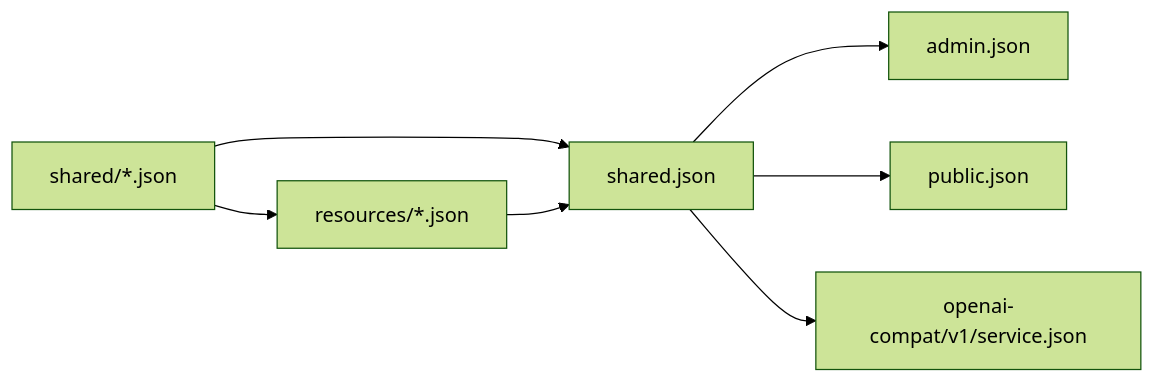
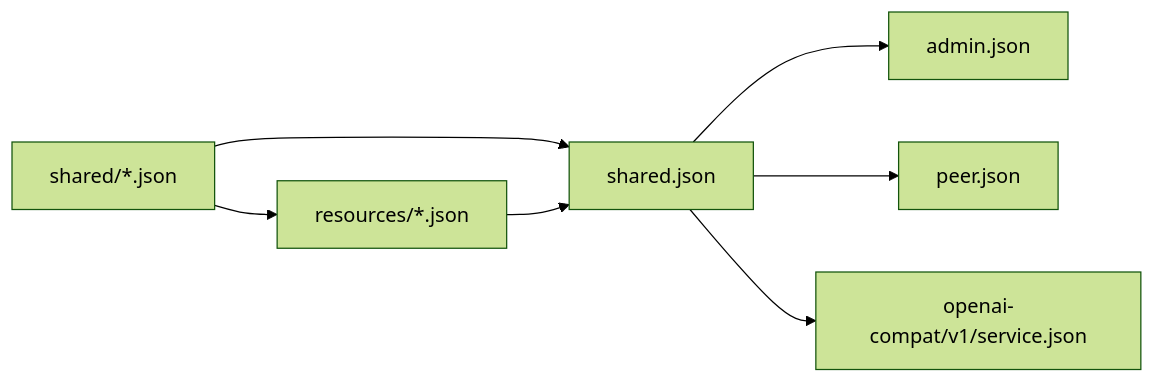
One commit to GizClaw/gizclaw changed the diagram in guides/zh/developing/api/http/type-dependencies.md. Above: the diagram before and after it, drawn with Mermaid (forest theme). The commit also changed other lines of this file and 10 other files, not shown here.

````diff
--- a/guides/zh/developing/api/http/type-dependencies.md
+++ b/guides/zh/developing/api/http/type-dependencies.md
@@ -23,9 +23,9 @@
 ```mermaid
 flowchart LR
     Shared["shared/*.json"] --> SharedIndex["shared.json"]
     Shared --> Resources["resources/*.json"]
     Resources --> SharedIndex
     SharedIndex --> Admin["admin.json"]
-    SharedIndex --> Public["public.json"]
+    SharedIndex --> Public["peer.json"]
     SharedIndex --> OpenAI["openai-compat/v1/service.json"]
 ```
````
